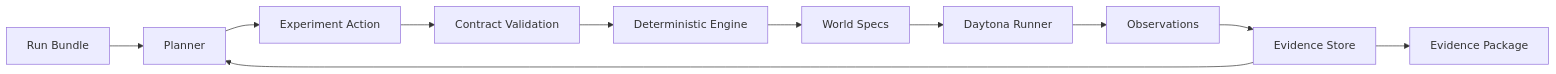
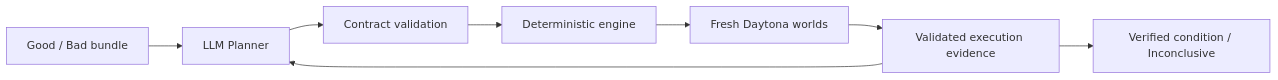
The diagram in README.md (jisu8110/envbisect), drawn with Mermaid before and after one commit. The commit also changed other lines of this file and 34 other files, not shown here.

First line of the commit message:
feat: add EnvBisect experiment workspace, execution engine and docs

````diff
--- a/README.md
+++ b/README.md
@@ -234,13 +22,10 @@
 ```mermaid
 flowchart LR
-    A[Run Bundle] --> B[Planner]
-    B --> C[Experiment Action]
-    C --> D[Contract Validation]
-    D --> E[Deterministic Engine]
-    E --> F[World Specs]
-    F --> G[Daytona Runner]
-    G --> H[Observations]
-    H --> I[Evidence Store]
-    I --> B
-    I --> J[Evidence Package]
+    A[Good / Bad bundle] --> B[LLM Planner]
+    B --> C[Contract validation]
+    C --> D[Deterministic engine]
+    D --> E[Fresh Daytona worlds]
+    E --> F[Validated execution evidence]
+    F --> B
+    F --> G[Verified condition / Inconclusive]
 ```
````
